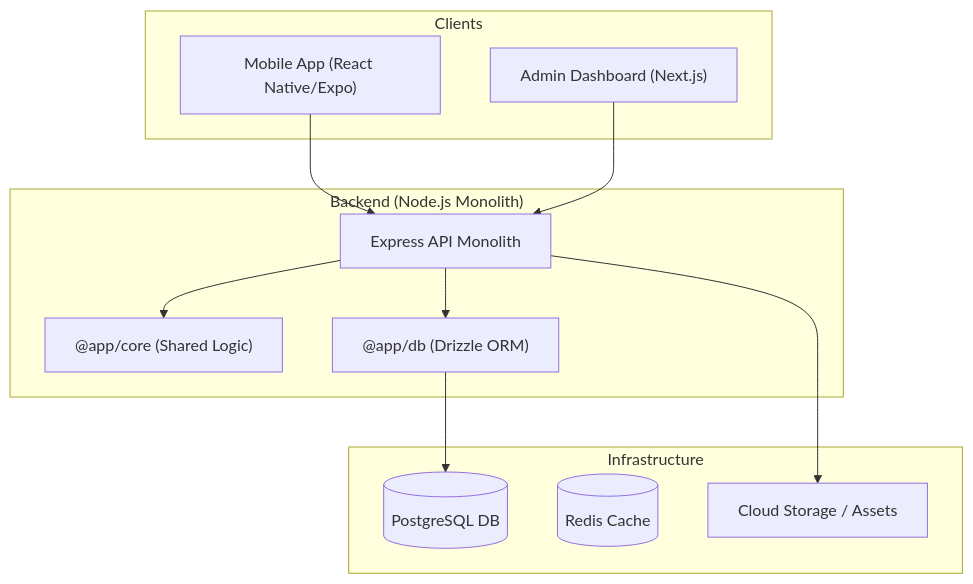
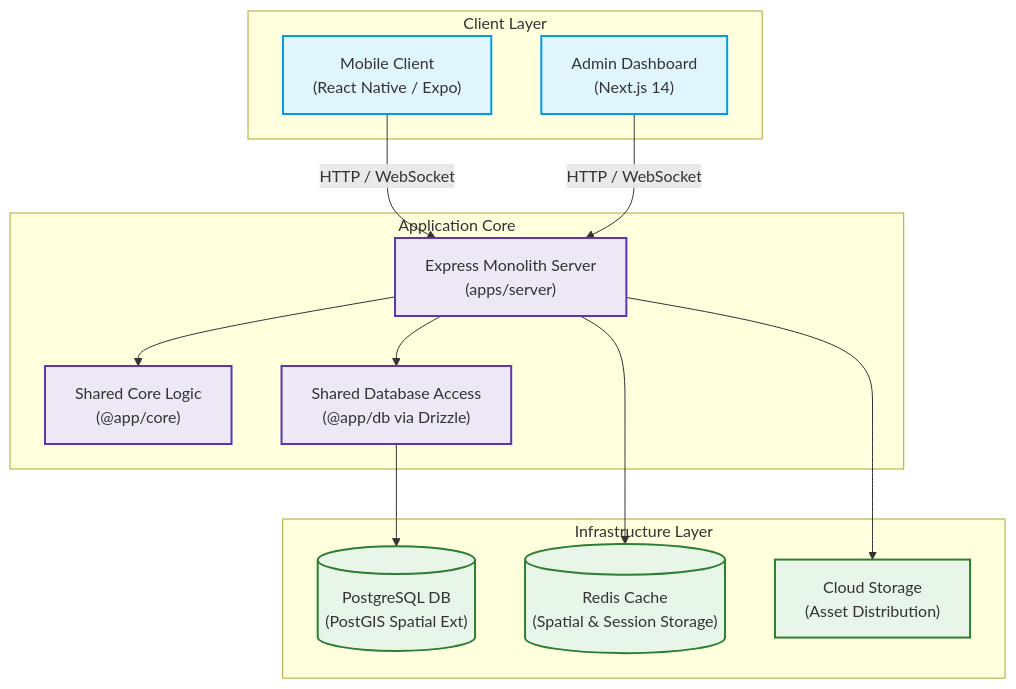
The diagram in apps/docs/pages/architecture/index.mdx (lattice-product-team/app_lattice_project), drawn with Mermaid before and after one commit. The commit also changed other lines of this file and 9 other files, not shown here.

Commit message:
docs: refactor and expand architectural documentation for class diagrams and monorepo structure

````diff
--- a/apps/docs/pages/architecture/index.mdx
+++ b/apps/docs/pages/architecture/index.mdx
@@ -13,26 +22,31 @@
 ```mermaid
 graph TD
-    subgraph "Clients"
-        MobileApp["Mobile App (React Native/Expo)"]
-        AdminWeb["Admin Dashboard (Next.js)"]
+    classDef client fill:#E1F5FE,stroke:#039BE5,stroke-width:2px;
+    classDef server fill:#EDE7F6,stroke:#5E35B1,stroke-width:2px;
+    classDef infra fill:#E8F5E9,stroke:#2E7D32,stroke-width:2px;
+
+    subgraph Clients ["Client Layer"]
+        MobileApp["Mobile Client <br/> (React Native / Expo)"]:::client
+        AdminWeb["Admin Dashboard <br/> (Next.js 14)"]:::client
     end
 
-    subgraph "Backend (Node.js Monolith)"
-        API["Express API Monolith"]
-        Core["@app/core (Shared Logic)"]
-        DBSchema["@app/db (Drizzle ORM)"]
+    subgraph Monolith ["Application Core"]
+        API["Express Monolith Server <br/> (apps/server)"]:::server
+        Core["Shared Core Logic <br/> (@app/core)"]:::server
+        DBSchema["Shared Database Access <br/> (@app/db via Drizzle)"]:::server
     end
 
-    subgraph "Infrastructure"
-        Postgres[("PostgreSQL DB")]
-        Redis[("Redis Cache")]
-        Storage["Cloud Storage / Assets"]
+    subgraph Infrastructure ["Infrastructure Layer"]
+        Postgres[("PostgreSQL DB <br/> (PostGIS Spatial Ext)")]:::infra
+        Redis[("Redis Cache <br/> (Spatial & Session Storage)")]:::infra
+        Storage["Cloud Storage <br/> (Asset Distribution)"]:::infra
     end
 
-    MobileApp --> API
-    AdminWeb --> API
+    MobileApp -->|HTTP / WebSocket| API
+    AdminWeb -->|HTTP / WebSocket| API
     API --> Core
     API --> DBSchema
     DBSchema --> Postgres
+    API --> Redis
     API --> Storage
 ```
````
